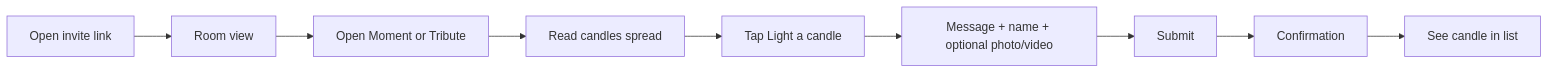
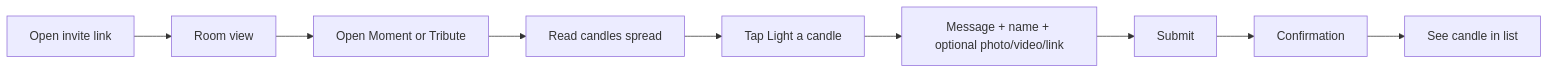
One commit to finkelll/afterlight changed the second of 3 diagrams in _bmad-output/planning-artifacts/ux-design-specification.md. Above: the diagram before and after it, drawn with Mermaid. The commit also changed other lines of this file and 1 other file, not shown here.

````diff
--- a/_bmad-output/planning-artifacts/ux-design-specification.md
+++ b/_bmad-output/planning-artifacts/ux-design-specification.md
@@ -341,11 +345,11 @@
 ```mermaid
 flowchart LR
   A[Open invite link] --> B[Room view]
   B --> C[Open Moment or Tribute]
   C --> D[Read candles spread]
   D --> E[Tap Light a candle]
-  E --> F[Message + name + optional photo/video]
+  E --> F[Message + name + optional photo/video/link]
   F --> G[Submit]
   G --> H[Confirmation]
   H --> I[See candle in list]
 ```
````
